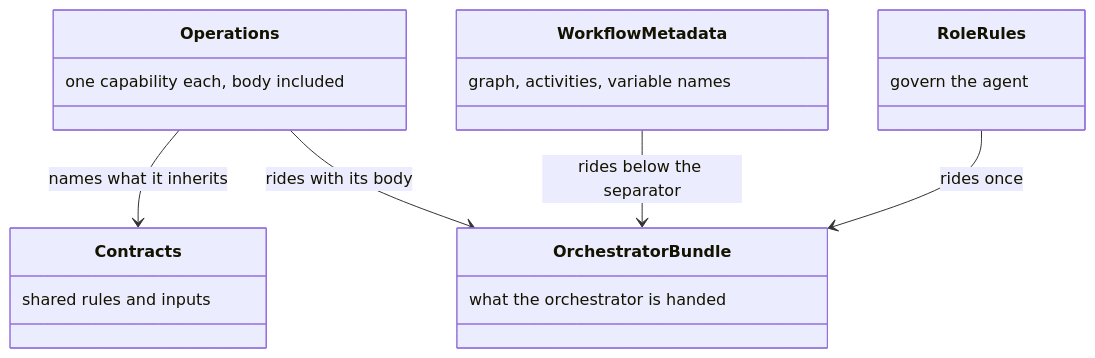
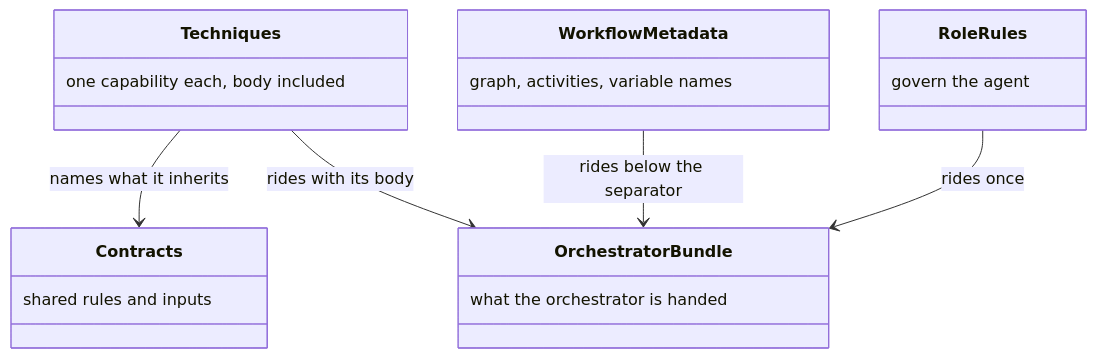
One commit to m2ux/workflow-server changed the fourth of 26 diagrams in docs/delivery.md. Above: the diagram before and after it, drawn with Mermaid. The commit also changed other lines of this file and 3 other files, not shown here.

````diff
--- a/docs/delivery.md
+++ b/docs/delivery.md
@@ -64,22 +64,22 @@
 ```mermaid
 classDiagram
-  class Operations {
+  class Techniques {
     one capability each, body included
   }
   class Contracts {
     shared rules and inputs
   }
   class RoleRules {
     govern the agent
   }
   class WorkflowMetadata {
     graph, activities, variable names
   }
   class OrchestratorBundle {
     what the orchestrator is handed
   }
-  Operations --> Contracts : names what it inherits
+  Techniques --> Contracts : names what it inherits
   RoleRules --> OrchestratorBundle : rides once
   WorkflowMetadata --> OrchestratorBundle : rides below the separator
-  Operations --> OrchestratorBundle : rides with its body
+  Techniques --> OrchestratorBundle : rides with its body
 ```
````
